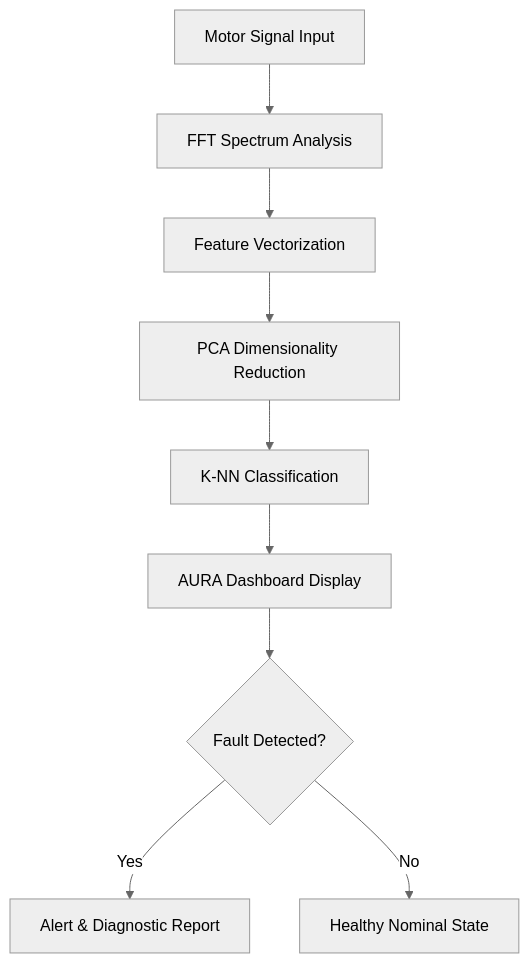
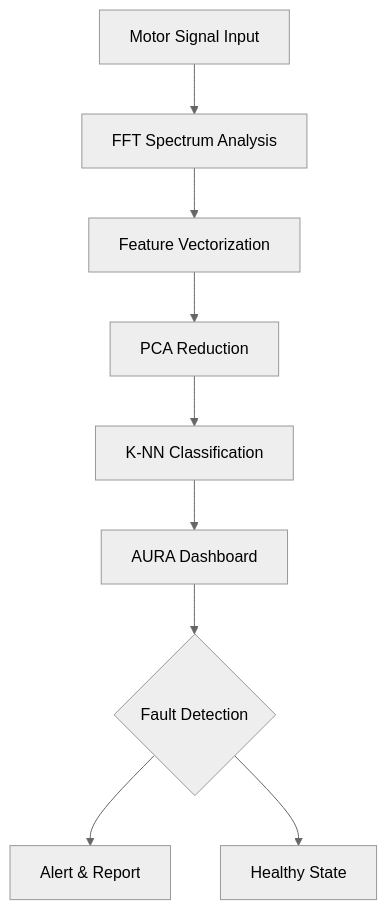
One commit to bilalahmed251/Motor-Fault-Diagnosis-Machine-Learning-Project changed the diagram in README.md. Above: the diagram before and after it, drawn with Mermaid (neutral theme).

Commit message:
Update flowchart labels in README.md

````diff
--- a/README.md
+++ b/README.md
@@ -47,11 +47,11 @@
 ```mermaid
 graph TD
     A[Motor Signal Input] --> B[FFT Spectrum Analysis]
     B --> C[Feature Vectorization]
-    C --> D[PCA Dimensionality Reduction]
+    C --> D[PCA Reduction]
     D --> E[K-NN Classification]
-    E --> F[AURA Dashboard Display]
-    F --> G{Fault Detected?}
-    G -- Yes --> H[Alert & Diagnostic Report]
-    G -- No --> I[Healthy Nominal State]
+    E --> F[AURA Dashboard]
+    F --> G{Fault Detection}
+    G --> H[Alert & Report]
+    G --> I[Healthy State]
 ```
````
